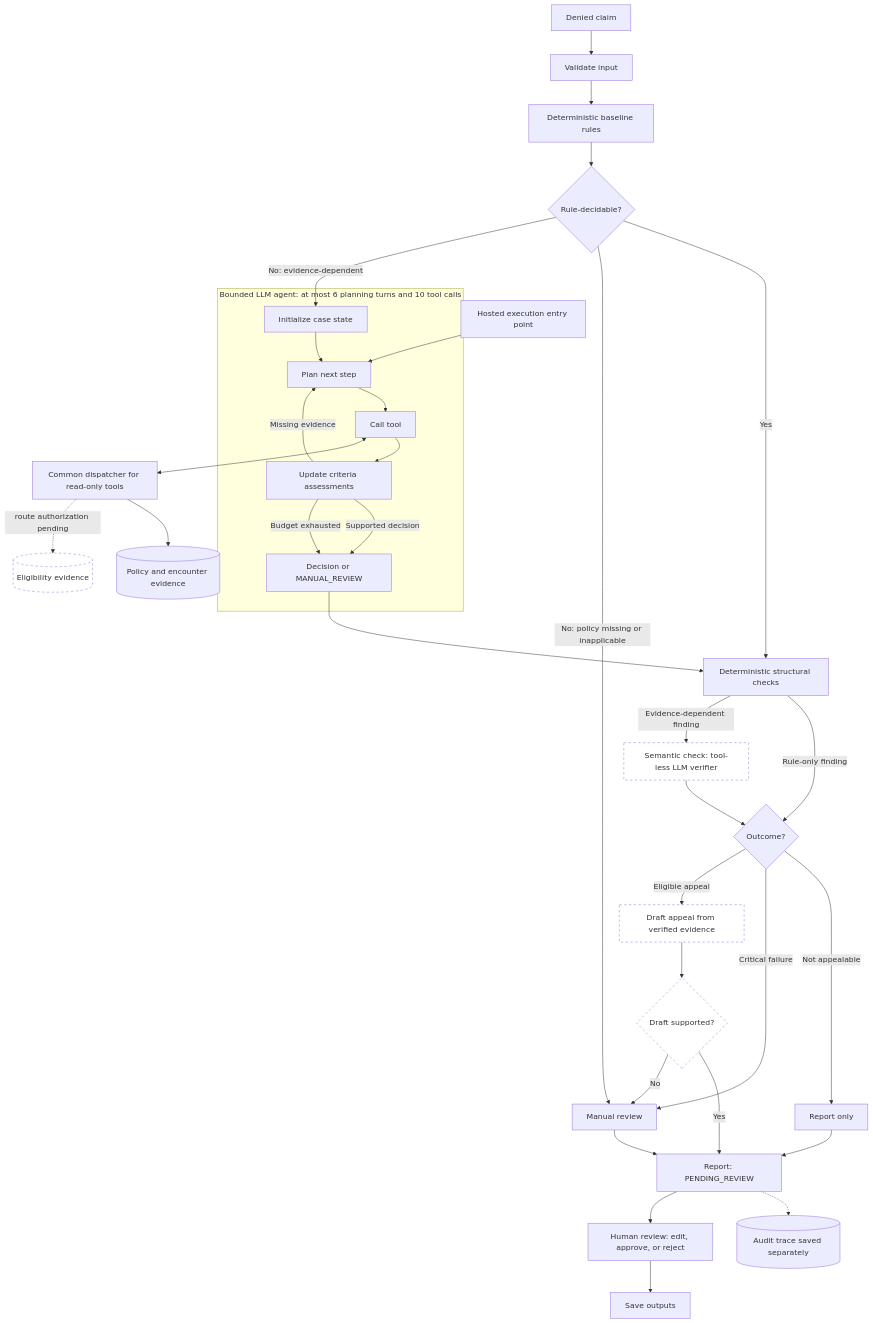
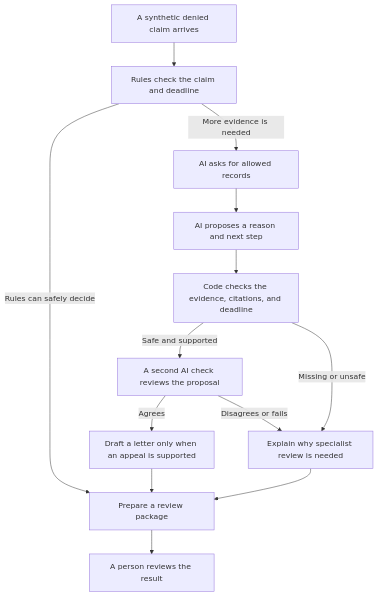
Before and after one commit to hridaypradhan/claim-denial-triage-agent: the diagram in README.md, drawn with Mermaid. The commit also changed other lines of this file and 35 other files, not shown here.

````diff
--- a/README.md
+++ b/README.md
@@ -26,43 +23,15 @@
 ```mermaid
 flowchart TD
-    A[Denied claim] --> B[Validate input]
-    B --> C[Deterministic baseline rules]
-    C --> D{Rule-decidable?}
-    D -- Yes --> S[Deterministic structural checks]
-    D -- "No: policy missing or inapplicable" --> J[Manual review]
-    D -- "No: evidence-dependent" --> E[Initialize case state]
-
-    subgraph Agent["Bounded LLM agent: at most 6 planning turns and 10 tool calls"]
-        E --> P[Plan next step]
-        P --> T[Call tool]
-        T --> U[Update criteria assessments]
-        U -- Missing evidence --> P
-        U -- Supported decision --> R[Decision or MANUAL_REVIEW]
-        U -- Budget exhausted --> R
-    end
-
-    T <--> F[Common dispatcher for read-only tools]
-    F --> G[(Policy and encounter evidence)]
-    F -. route authorization pending .-> I[(Eligibility evidence)]
-
-    R --> S
-    S -- Rule-only finding --> O{Outcome?}
-    S -- Evidence-dependent finding --> V[Semantic check: tool-less LLM verifier]
-    V --> O
-    O -- Not appealable --> K[Report only]
-    O -- Critical failure --> J
-    O -- Eligible appeal --> W[Draft appeal from verified evidence]
-    W --> X{Draft supported?}
-    X -- Yes --> L[Report: PENDING_REVIEW]
-    X -- No --> J
-    K --> L
-    J --> L
-    L -.-> Q[(Audit trace saved separately)]
-    L --> H[Human review: edit, approve, or reject]
-    H --> Z[Save outputs]
-
-    M[Hosted execution entry point] --> P
-
-    classDef planned stroke-dasharray: 5 5,fill:#fff;
-    class I,V,W,X planned;
+    A[A synthetic denied claim arrives] --> B[Rules check the claim and deadline]
+    B -- Rules can safely decide --> H[Prepare a review package]
+    B -- More evidence is needed --> C[AI asks for allowed records]
+    C --> D[AI proposes a reason and next step]
+    D --> E[Code checks the evidence, citations, and deadline]
+    E -- Safe and supported --> F[A second AI check reviews the proposal]
+    E -- Missing or unsafe --> G[Explain why specialist review is needed]
+    F -- Agrees --> I[Draft a letter only when an appeal is supported]
+    F -- Disagrees or fails --> G
+    I --> H
+    G --> H
+    H --> J[A person reviews the result]
 ```
````
